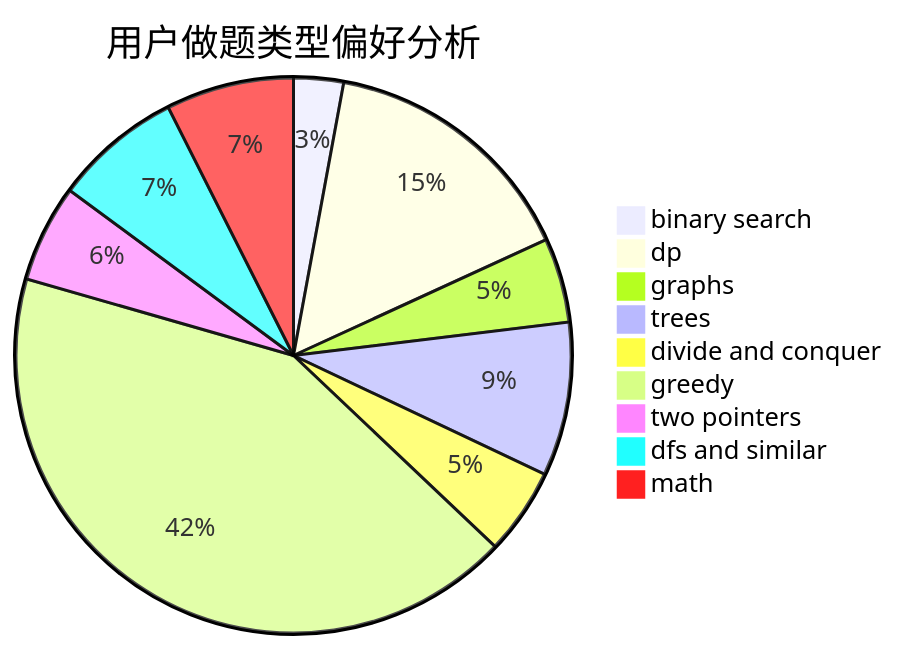
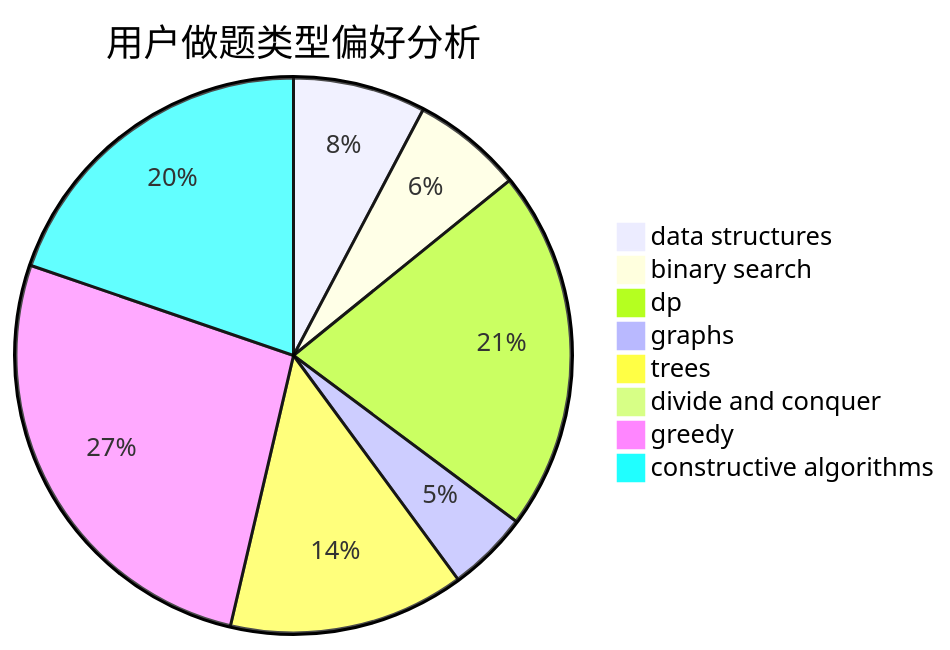
Before and after one commit to sherpahu/cfrs.github.io: the second of 3 diagrams in docs/user/u990.md, drawn with Mermaid. The commit also changed other lines of this file and 2775 other files, not shown here.

````diff
--- a/docs/user/u990.md
+++ b/docs/user/u990.md
@@ -23,12 +23,11 @@
 ```mermaid
 pie title 用户做题类型偏好分析
-    "binary search" :  23
-    "dp" :  121
-    "graphs" :  39
-    "trees" :  71
-    "divide and conquer" :  40
-    "greedy" :  336
-    "two pointers" :  45
-    "dfs and similar" :  59
-    "math" :  59
+    "data structures" :  18
+    "binary search" :  15
+    "dp" :  49
+    "graphs" :  11
+    "trees" :  32
+    "divide and conquer" :  0
+    "greedy" :  62
+    "constructive algorithms" :  46
 ```
````
